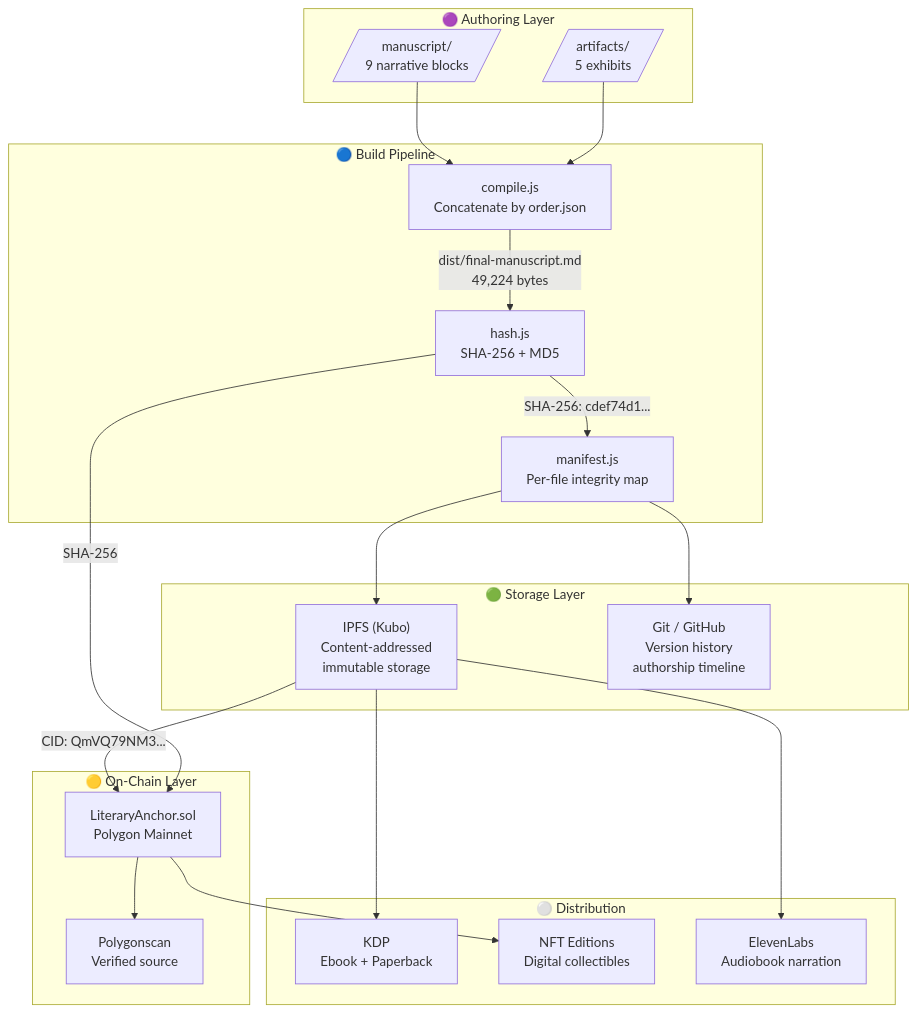
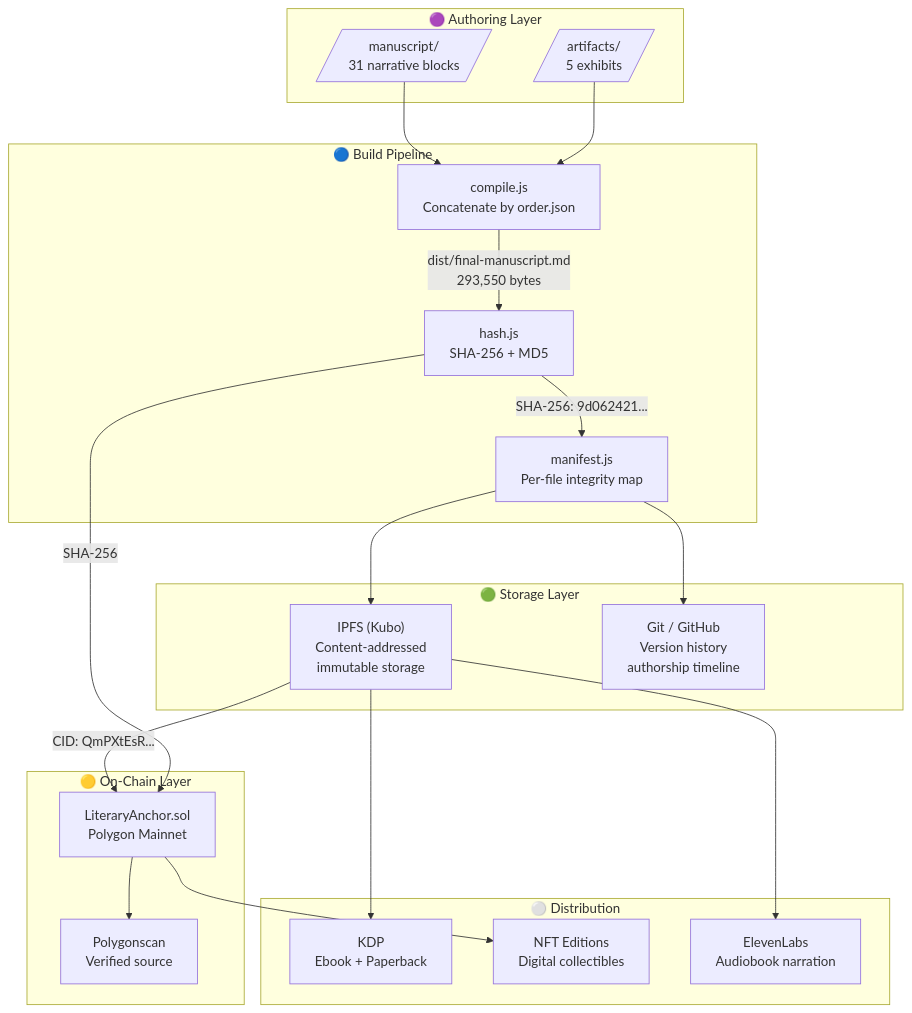
Before and after one commit to FTHTrading/2500-donkeys: the first of 10 diagrams in README.md, drawn with Mermaid. The commit also changed other lines of this file and 3 other files, not shown here.

````diff
--- a/README.md
+++ b/README.md
@@ -70,42 +74,42 @@
 ```mermaid
 flowchart TD
     subgraph AUTHORING ["🟣 Authoring Layer"]
-        M[/"manuscript/\n9 narrative blocks"/]
+        M[/"manuscript/\n31 narrative blocks"/]
         A[/"artifacts/\n5 exhibits"/]
     end
 
     subgraph BUILD ["🔵 Build Pipeline"]
         C["compile.js\nConcatenate by order.json"]
         H["hash.js\nSHA-256 + MD5"]
         MF["manifest.js\nPer-file integrity map"]
     end
 
     subgraph STORAGE ["🟢 Storage Layer"]
         IPFS["IPFS (Kubo)\nContent-addressed\nimmutable storage"]
         GIT["Git / GitHub\nVersion history\nauthorship timeline"]
     end
 
     subgraph CHAIN ["🟡 On-Chain Layer"]
         SC["LiteraryAnchor.sol\nPolygon Mainnet"]
         PS["Polygonscan\nVerified source"]
     end
 
     subgraph OUTPUT ["⚪ Distribution"]
         KDP["KDP\nEbook + Paperback"]
         NFT["NFT Editions\nDigital collectibles"]
         AUDIO["ElevenLabs\nAudiobook narration"]
     end
 
     M --> C
     A --> C
-    C -->|"dist/final-manuscript.md\n49,224 bytes"| H
-    H -->|"SHA-256: cdef74d1..."| MF
+    C -->|"dist/final-manuscript.md\n293,550 bytes"| H
+    H -->|"SHA-256: 9d062421..."| MF
     MF --> IPFS
     MF --> GIT
-    IPFS -->|"CID: QmVQ79NM3..."| SC
+    IPFS -->|"CID: QmPXtEsR..."| SC
     H -->|"SHA-256"| SC
     SC --> PS
     IPFS --> KDP
     SC --> NFT
     IPFS --> AUDIO
 ```
````
